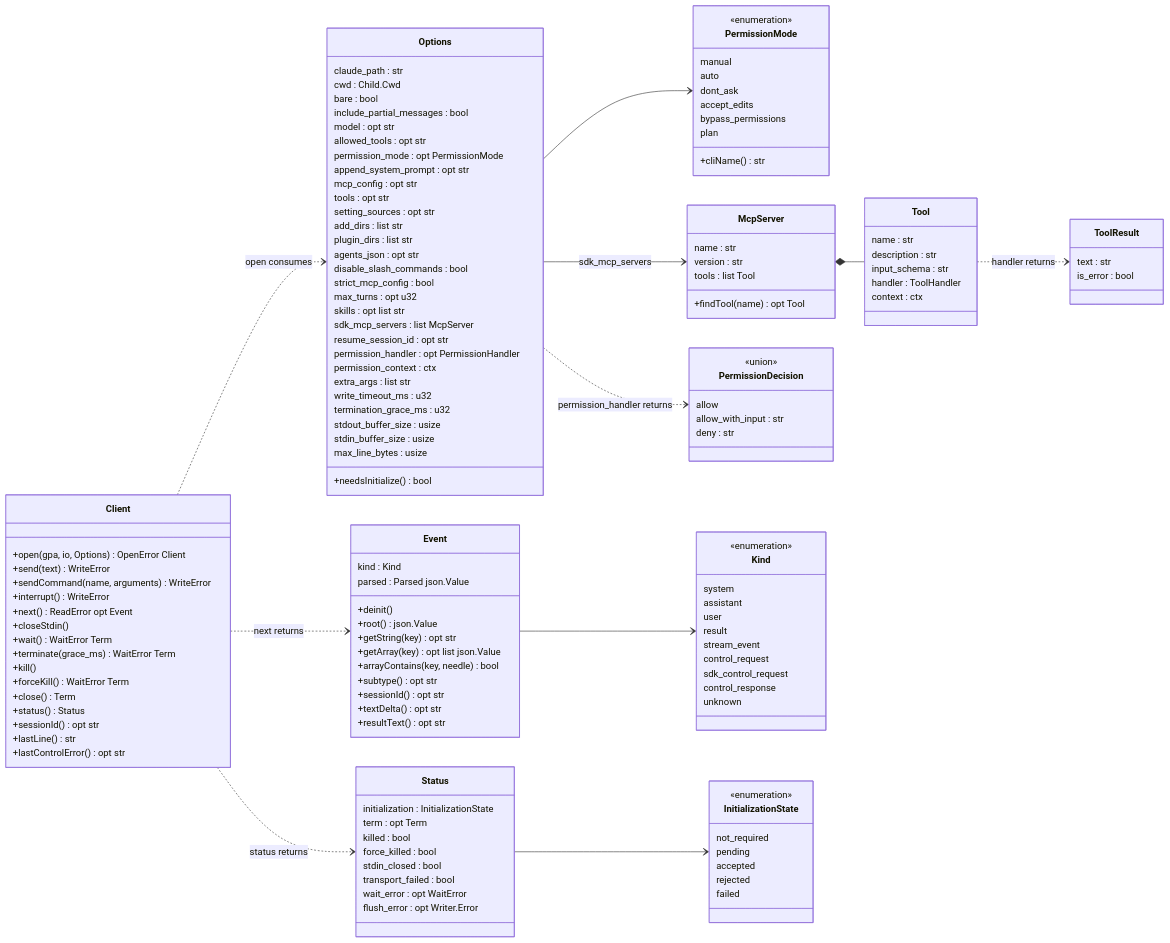
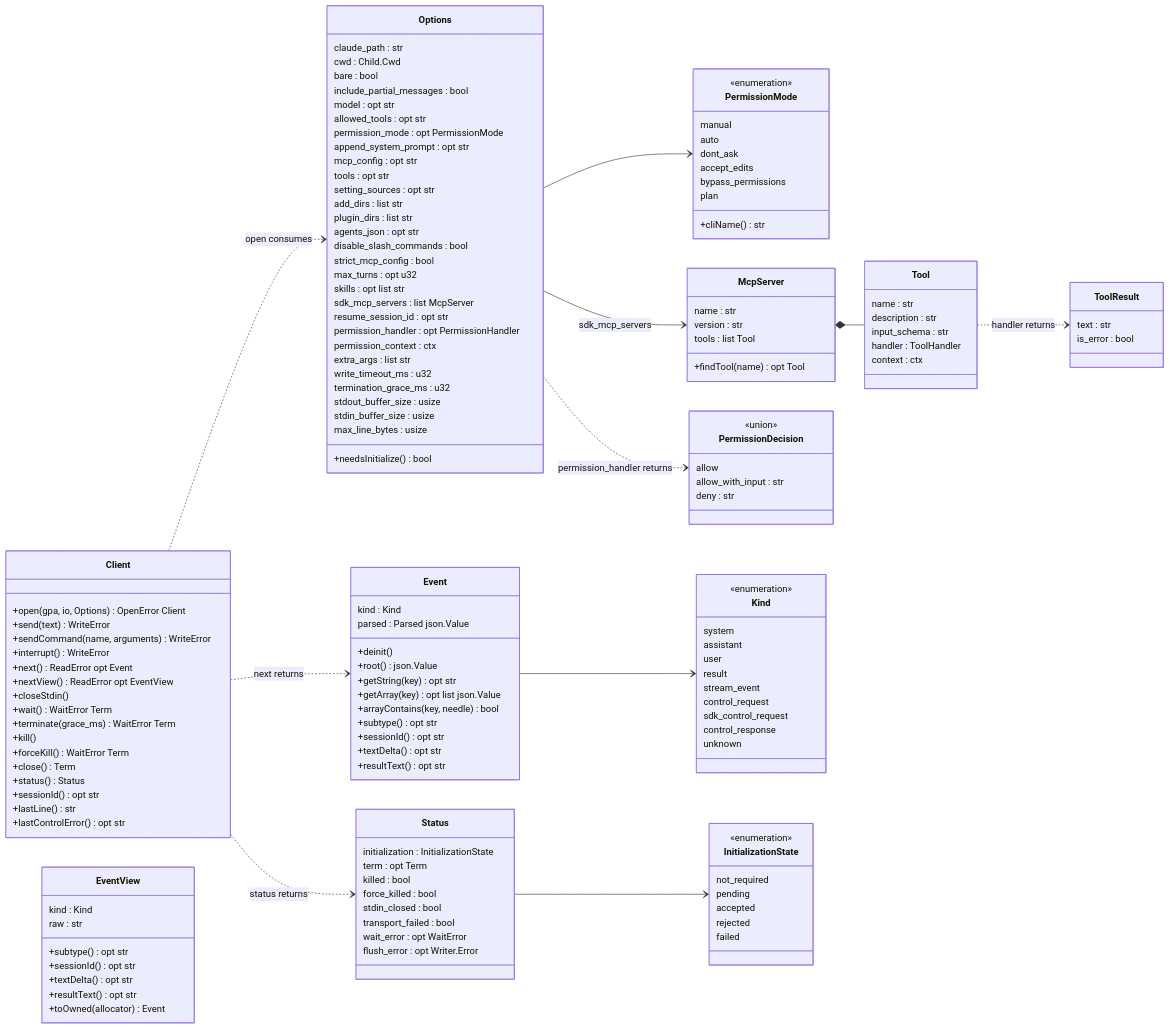
Before and after one commit to cipher-rc5/claude_agent_zig: the diagram in docs/api-reference.md, drawn with Mermaid. The commit also changed other lines of this file and 27 other files, not shown here.

First line of the commit message:
feat: add borrowed nextView event projections and parked pipe waits

```diff
--- a/docs/api-reference.md
+++ b/docs/api-reference.md
@@ -26,6 +26,7 @@
         +sendCommand(name, arguments) WriteError
         +interrupt() WriteError
         +next() ReadError opt Event
+        +nextView() ReadError opt EventView
         +closeStdin()
         +wait() WaitError Term
         +terminate(grace_ms) WaitError Term
@@ -135,6 +136,16 @@
         unknown
     }
 
+    class EventView {
+        kind : Kind
+        raw : str
+        +subtype() opt str
+        +sessionId() opt str
+        +textDelta() opt str
+        +resultText() opt str
+        +toOwned(allocator) Event
+    }
+
     class Status {
         initialization : InitializationState
         term : opt Term
```
